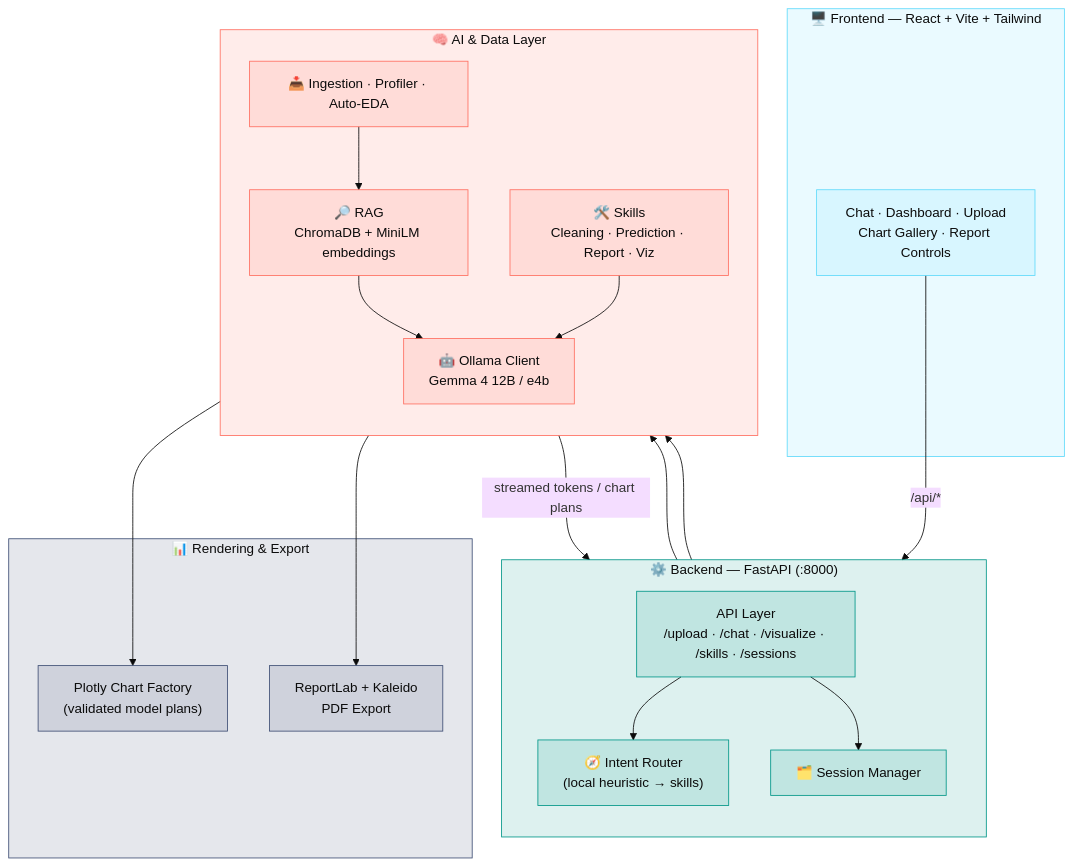
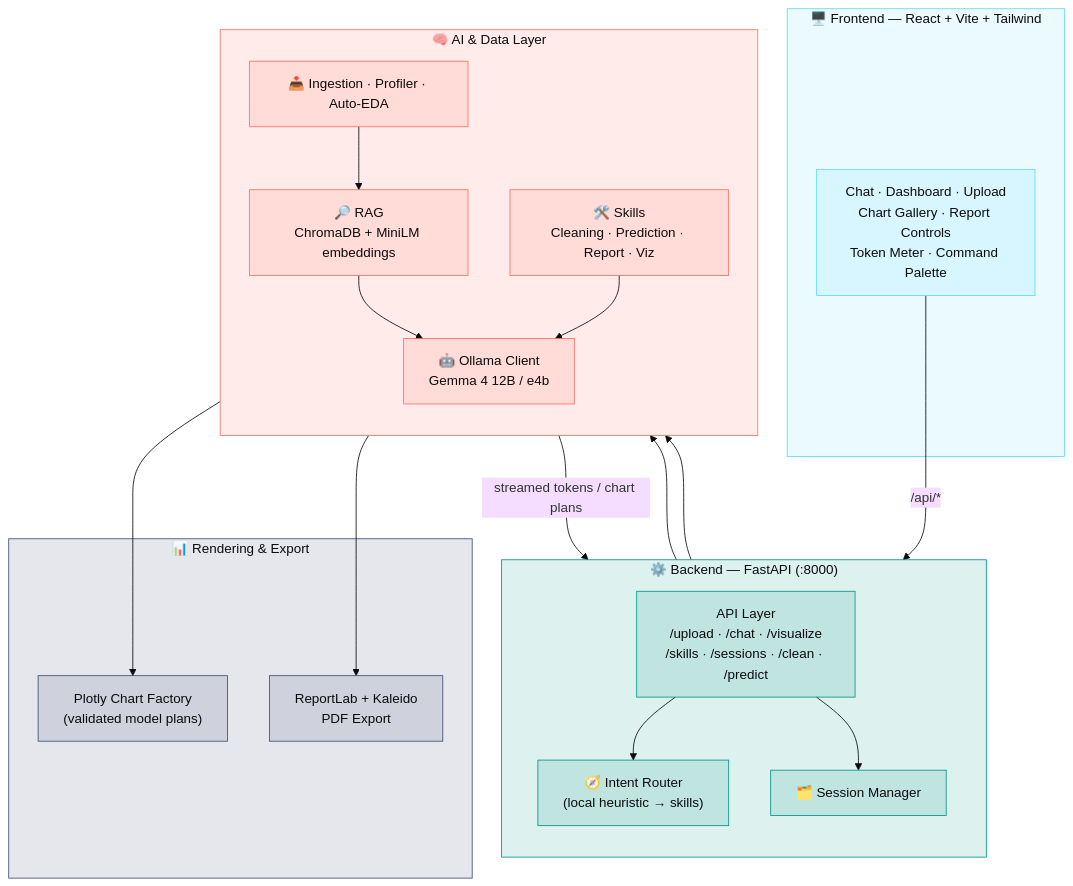
One commit to Ahmedvip62/Depi-Graduation_project-LLM-for-Data-Analysis changed the first of 3 diagrams in README.md. Above: the diagram before and after it, drawn with Mermaid (base theme). The commit also changed other lines of this file, not shown here.

Commit message:
docs: overhaul README — skill system, config, full API, data support; drop removed split references

````diff
--- a/README.md
+++ b/README.md
@@ -53,46 +82,46 @@
 ```mermaid
 flowchart TB
     subgraph Client["🖥️ Frontend — React + Vite + Tailwind"]
-        UI["Chat · Dashboard · Upload<br/>Chart Gallery · Report Controls"]
+        UI["Chat · Dashboard · Upload<br/>Chart Gallery · Report Controls<br/>Token Meter · Command Palette"]
     end
 
     subgraph API["⚙️ Backend — FastAPI (:8000)"]
         direction TB
-        ROUTES["API Layer<br/>/upload · /chat · /visualize · /skills · /sessions"]
+        ROUTES["API Layer<br/>/upload · /chat · /visualize<br/>/skills · /sessions · /clean · /predict"]
         ROUTER["🧭 Intent Router<br/>(local heuristic → skills)"]
         SESS["🗂️ Session Manager"]
     end
 
     subgraph Intelligence["🧠 AI & Data Layer"]
         direction TB
         DATA["📥 Ingestion · Profiler · Auto-EDA"]
         RAG["🔎 RAG<br/>ChromaDB + MiniLM embeddings"]
         LLM["🤖 Ollama Client<br/>Gemma 4 12B / e4b"]
         SKILLS["🛠️ Skills<br/>Cleaning · Prediction · Report · Viz"]
     end
 
     subgraph Output["📊 Rendering & Export"]
         VIZ["Plotly Chart Factory<br/>(validated model plans)"]
         PDF["ReportLab + Kaleido<br/>PDF Export"]
     end
 
     UI -- "/api/*" --> ROUTES
     ROUTES --> ROUTER --> SKILLS
     ROUTES --> SESS
     ROUTES --> DATA
     DATA --> RAG
     RAG --> LLM
     SKILLS --> LLM
     SKILLS --> VIZ
     SKILLS --> PDF
     LLM -- "streamed tokens / chart plans" --> ROUTES
 
     classDef fe fill:#61DAFB22,stroke:#61DAFB,color:#0b0b0b;
     classDef be fill:#00968822,stroke:#009688,color:#0b0b0b;
     classDef ai fill:#FF6F6122,stroke:#FF6F61,color:#0b0b0b;
     classDef out fill:#3F4F7522,stroke:#3F4F75,color:#0b0b0b;
     class Client,UI fe;
     class API,ROUTES,ROUTER,SESS be;
     class Intelligence,DATA,RAG,LLM,SKILLS ai;
     class Output,VIZ,PDF out;
 ```
````
